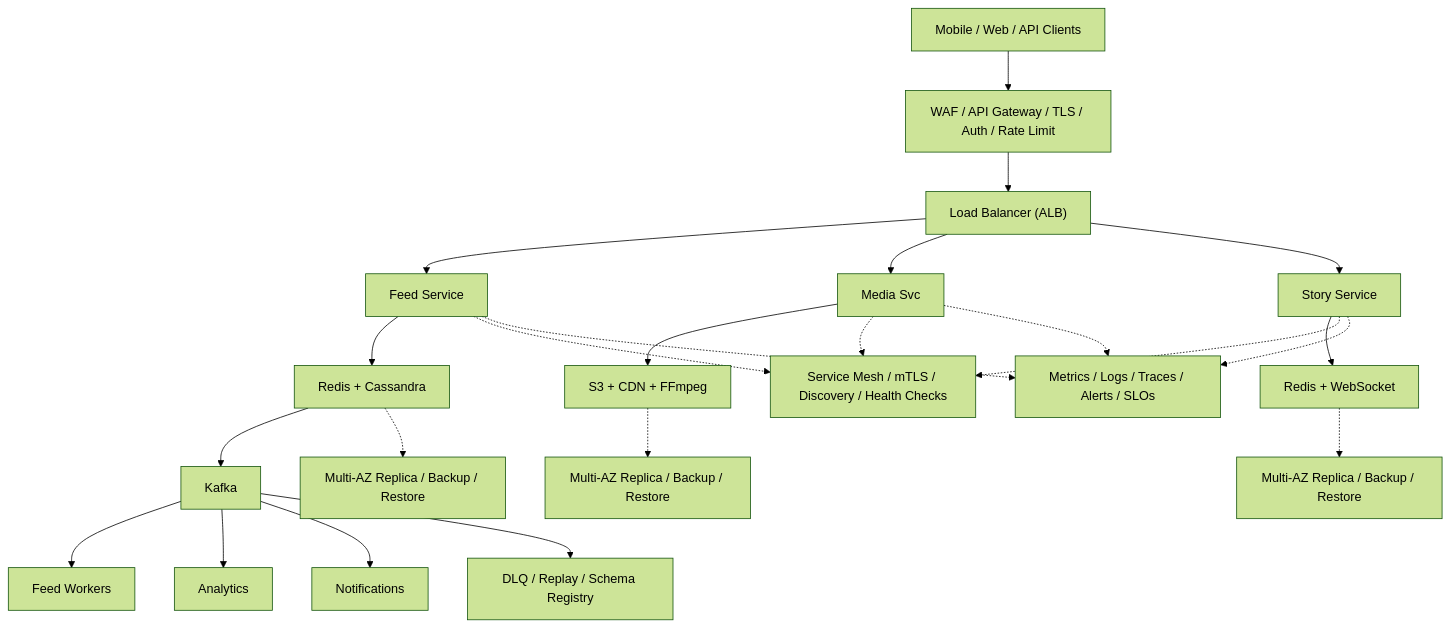
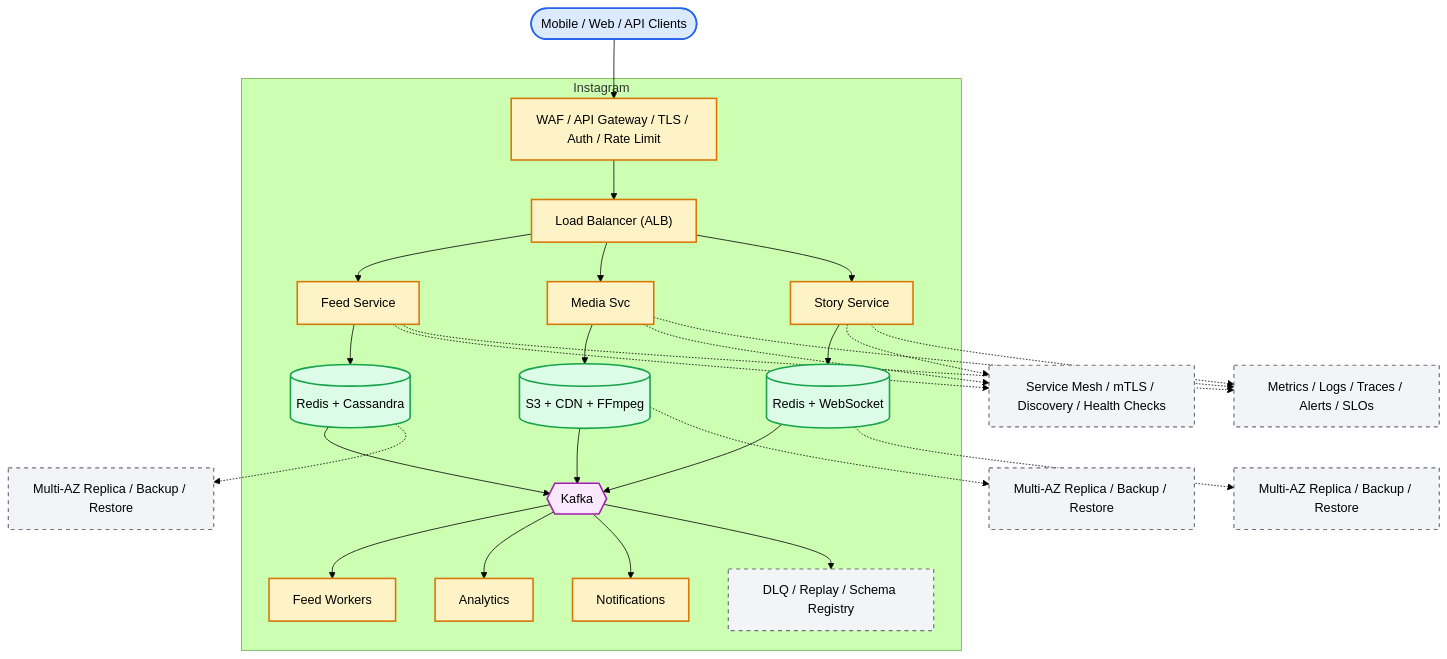
Before and after one commit to aishwary11/system-design: the diagram in system-design-instagram.md, drawn with Mermaid (forest theme). The commit also changed other lines of this file and 36 other files, not shown here.

First line of the commit message:
Standardize all diagrams on C4-style Mermaid template

````diff
--- a/system-design-instagram.md
+++ b/system-design-instagram.md
@@ -40,25 +40,65 @@
 ```mermaid
 flowchart TB
-    clients["Mobile / Web / API Clients"] --> edge["WAF / API Gateway / TLS / Auth / Rate Limit"]
-    edge --> lb["Load Balancer (ALB)"]
-    lb --> svc0["Feed Service"]
-    lb --> svc1["Media Svc"]
-    lb --> svc2["Story Service"]
-    svc0 --> store0["Redis + Cassandra"]
-    svc1 --> store1["S3 + CDN + FFmpeg"]
-    svc2 --> store2["Redis + WebSocket"]
-    store0 --> stream["Kafka"]
-    stream --> worker0["Feed Workers"]
-    stream --> worker1["Analytics"]
-    stream --> worker2["Notifications"]
-    svc0 -.-> platform["Service Mesh / mTLS / Discovery / Health Checks"]
-    svc1 -.-> platform
-    svc2 -.-> platform
-    store0 -.-> backup0["Multi-AZ Replica / Backup / Restore"]
-    store1 -.-> backup1["Multi-AZ Replica / Backup / Restore"]
-    store2 -.-> backup2["Multi-AZ Replica / Backup / Restore"]
-    stream --> dlq["DLQ / Replay / Schema Registry"]
-    svc0 -.-> ops["Metrics / Logs / Traces / Alerts / SLOs"]
+    %% Actors (people)
+    clients(["Mobile / Web / API Clients"])
+
+    %% System boundary - containers owned by the platform
+    subgraph platform["Instagram"]
+        edge["WAF / API Gateway / TLS / Auth / Rate Limit"]
+        lb["Load Balancer (ALB)"]
+        svc0["Feed Service"]
+        svc1["Media Svc"]
+        svc2["Story Service"]
+        store0[("Redis + Cassandra")]
+        store1[("S3 + CDN + FFmpeg")]
+        store2[("Redis + WebSocket")]
+        stream{{"Kafka"}}
+        worker0["Feed Workers"]
+        worker1["Analytics"]
+        worker2["Notifications"]
+        dlq["DLQ / Replay / Schema Registry"]
+    end
+
+    %% Cross-cutting control plane (dashed edges)
+    mesh["Service Mesh / mTLS / Discovery / Health Checks"]
+    ops["Metrics / Logs / Traces / Alerts / SLOs"]
+    backup0["Multi-AZ Replica / Backup / Restore"]
+    backup1["Multi-AZ Replica / Backup / Restore"]
+    backup2["Multi-AZ Replica / Backup / Restore"]
+
+    clients --> edge
+    edge --> lb
+    lb --> svc0
+    lb --> svc1
+    lb --> svc2
+    svc0 --> store0
+    svc1 --> store1
+    svc2 --> store2
+    store0 --> stream
+    store1 --> stream
+    store2 --> stream
+    stream --> worker0
+    stream --> worker1
+    stream --> worker2
+    stream --> dlq
+    svc0 -.-> mesh
+    svc1 -.-> mesh
+    svc2 -.-> mesh
+    svc0 -.-> ops
     svc1 -.-> ops
     svc2 -.-> ops
+    store0 -.-> backup0
+    store1 -.-> backup1
+    store2 -.-> backup2
+
+    classDef actor fill:#dbeafe,stroke:#2563eb,stroke-width:2px
+    classDef service fill:#fef3c7,stroke:#d97706,stroke-width:2px
+    classDef store fill:#dcfce7,stroke:#16a34a,stroke-width:2px
+    classDef broker fill:#fae8ff,stroke:#a21caf,stroke-width:2px
+    classDef control fill:#f3f4f6,stroke:#6b7280,stroke-width:1.5px,stroke-dasharray:5 5
+    class clients actor
+    class edge,lb,svc0,svc1,svc2,worker0,worker1,worker2 service
+    class store0,store1,store2 store
+    class stream broker
+    class dlq,mesh,ops,backup0,backup1,backup2 control
 ```
````
